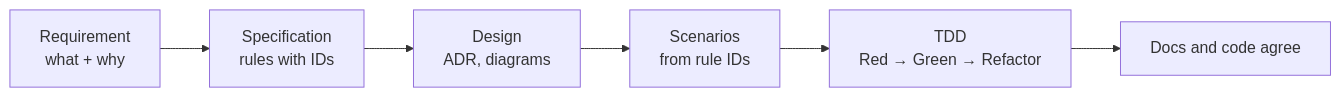
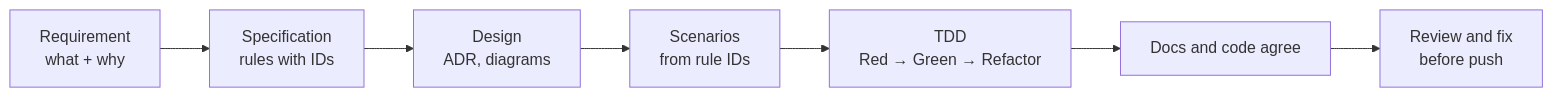
One commit to photom/benchside changed the diagram in CLAUDE.md. Above: the diagram before and after it, drawn with Mermaid. The commit also changed other lines of this file, not shown here.

````diff
--- a/CLAUDE.md
+++ b/CLAUDE.md
@@ -40,4 +40,4 @@
 ```mermaid
 flowchart LR
-  r[Requirement<br/>what + why] --> s[Specification<br/>rules with IDs] --> d[Design<br/>ADR, diagrams] --> t[Scenarios<br/>from rule IDs] --> c[TDD<br/>Red → Green → Refactor] --> v[Docs and code agree]
+  r[Requirement<br/>what + why] --> s[Specification<br/>rules with IDs] --> d[Design<br/>ADR, diagrams] --> t[Scenarios<br/>from rule IDs] --> c[TDD<br/>Red → Green → Refactor] --> v[Docs and code agree] --> rv[Review and fix<br/>before push]
 ```
````
